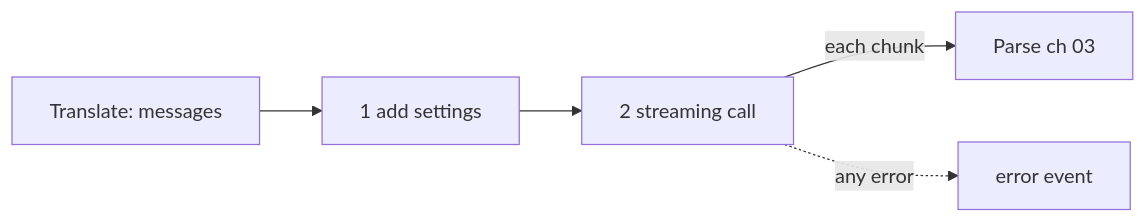
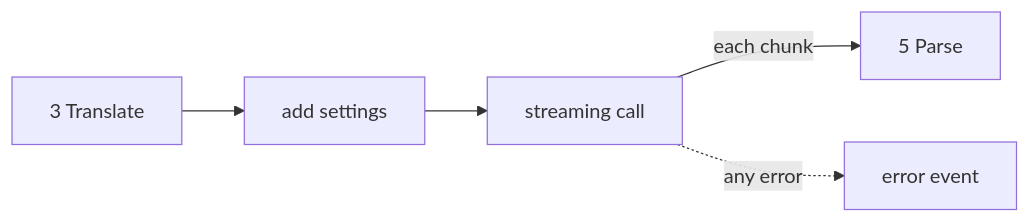
One commit to danhugo/simp-agent changed the second of 2 diagrams in docs/guidebook/02-translate-send.md. Above: the diagram before and after it, drawn with Mermaid. The commit also changed other lines of this file, not shown here.

````diff
--- a/docs/guidebook/02-translate-send.md
+++ b/docs/guidebook/02-translate-send.md
@@ -392,5 +149,5 @@
 ```mermaid
 flowchart LR
-    T[Translate: messages] --> S1[1 add settings] --> S2[2 streaming call] -->|each chunk| P[Parse ch 03]
+    T[3 Translate] --> S1[add settings] --> S2[streaming call] -->|each chunk| P[5 Parse]
     S2 -.->|any error| E[error event]
 ```
````
